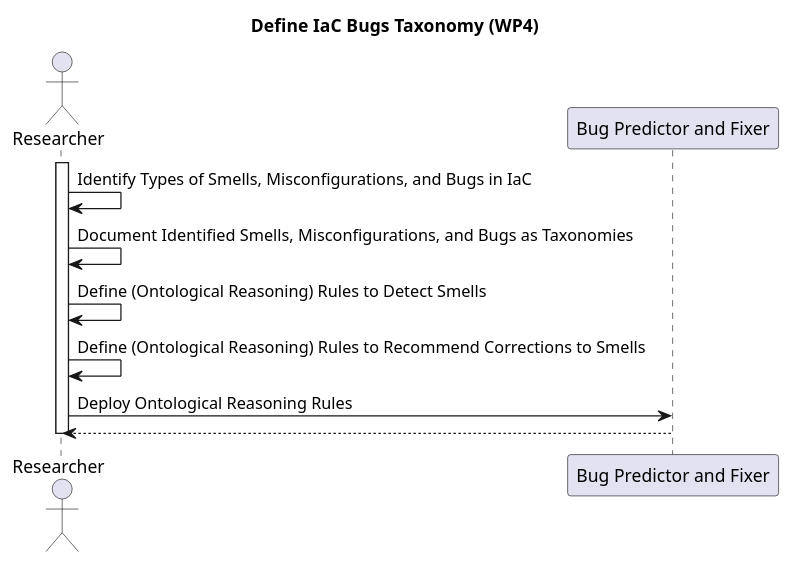
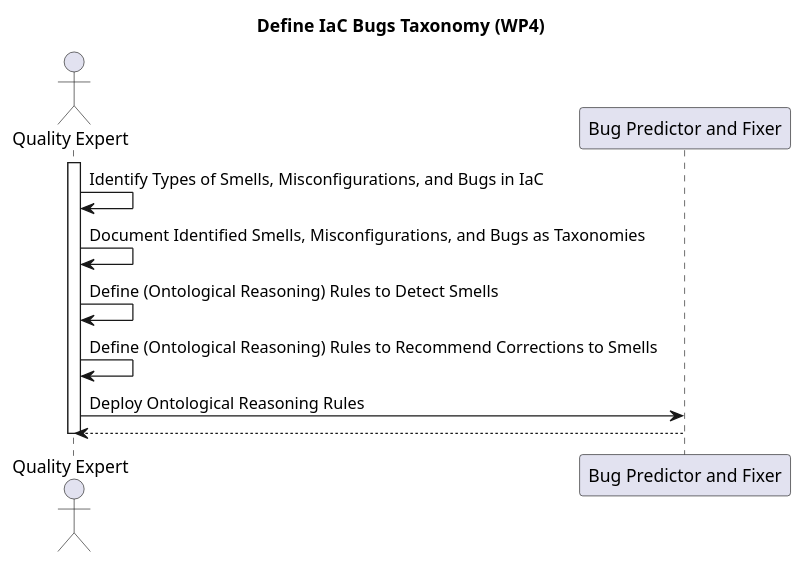
One commit to SODALITE-EU/project-wide-documentation changed the diagram in uml/sequence-diagrams/UC-11-DefineIaCBugsTaxonomy-WP4.puml. Above: the diagram before and after it, drawn with PlantUML.

Commit message:
Update UC-11-DefineIaCBugsTaxonomy-WP4.puml
Changed Researchers in to Quality Experts

```diff
--- a/uml/sequence-diagrams/UC-11-DefineIaCBugsTaxonomy-WP4.puml
+++ b/uml/sequence-diagrams/UC-11-DefineIaCBugsTaxonomy-WP4.puml
@@ -1,16 +1,16 @@
 @startuml
 
 title Define IaC Bugs Taxonomy (WP4)
-actor "Researcher" as ops
+actor "Quality Expert" as ops
 participant "Bug Predictor and Fixer" as skb
 
 activate ops
 ops->ops: Identify Types of Smells, Misconfigurations, and Bugs in IaC
 ops->ops: Document Identified Smells, Misconfigurations, and Bugs as Taxonomies 
 ops-> ops: Define (Ontological Reasoning) Rules to Detect Smells
 ops-> ops: Define (Ontological Reasoning) Rules to Recommend Corrections to Smells
 ops -> skb: Deploy Ontological Reasoning Rules 
 skb --> ops:
 deactivate skb
 deactivate ops
 @enduml
```
